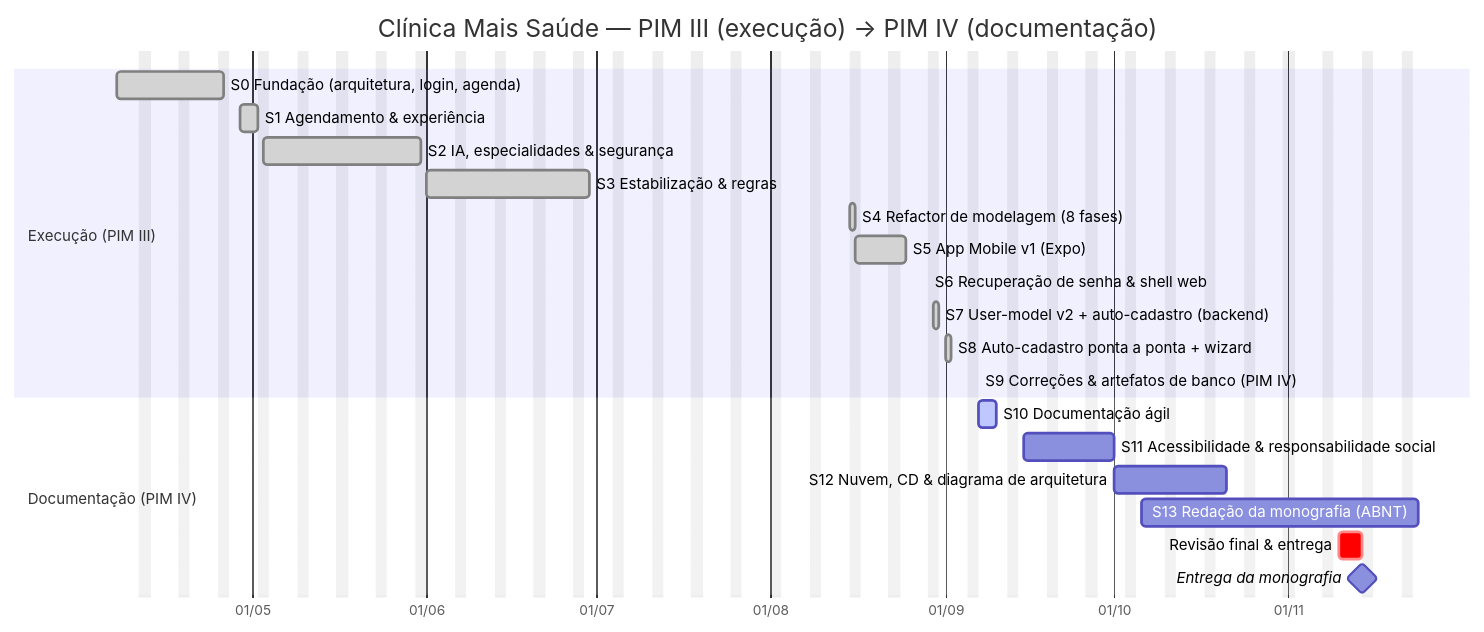
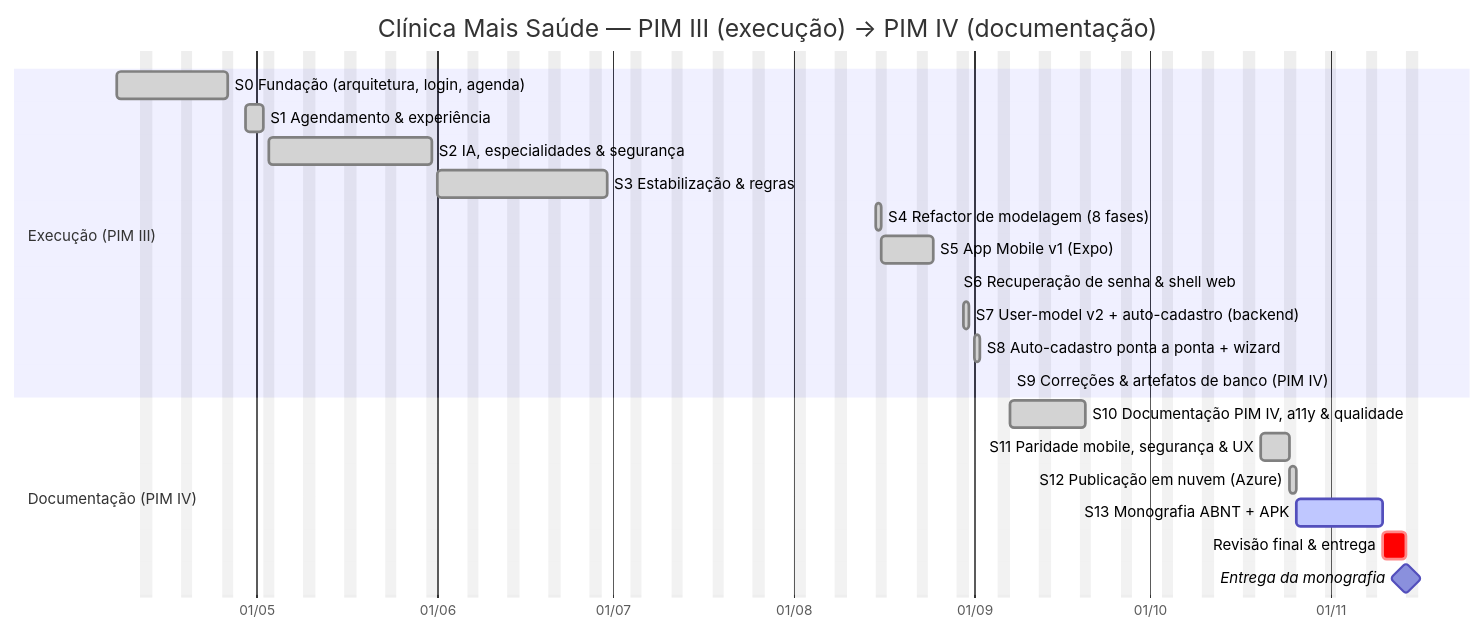
The diagram in docs/agil/CRONOGRAMA.md (daniel-santoss/PIM_III_ClinicaMaisSaude), drawn with Mermaid before and after one commit. The commit also changed other lines of this file and 3 other files, not shown here.

````diff
--- a/docs/agil/CRONOGRAMA.md
+++ b/docs/agil/CRONOGRAMA.md
@@ -9,27 +9,27 @@
 ```mermaid
 gantt
     title Clínica Mais Saúde — PIM III (execução) → PIM IV (documentação)
     dateFormat YYYY-MM-DD
     axisFormat %d/%m
     excludes weekends
 
     section Execução (PIM III)
     S0 Fundação (arquitetura, login, agenda)      :done, s0, 2026-04-07, 2026-04-26
     S1 Agendamento & experiência                  :done, s1, 2026-04-29, 2026-05-02
     S2 IA, especialidades & segurança             :done, s2, 2026-05-03, 2026-05-31
     S3 Estabilização & regras                     :done, s3, 2026-06-01, 2026-06-30
     S4 Refactor de modelagem (8 fases)            :done, s4, 2026-08-15, 2026-08-16
     S5 App Mobile v1 (Expo)                        :done, s5, 2026-08-16, 2026-08-25
     S6 Recuperação de senha & shell web           :done, s6, 2026-08-29, 2026-08-29
     S7 User-model v2 + auto-cadastro (backend)    :done, s7, 2026-08-30, 2026-08-31
     S8 Auto-cadastro ponta a ponta + wizard       :done, s8, 2026-09-01, 2026-09-02
     S9 Correções & artefatos de banco (PIM IV)    :done, s9, 2026-09-07, 2026-09-07
 
     section Documentação (PIM IV)
-    S10 Documentação ágil                         :active, s10, 2026-09-07, 3d
-    S11 Acessibilidade & responsabilidade social  :         s11, 2026-09-15, 12d
-    S12 Nuvem, CD & diagrama de arquitetura       :         s12, 2026-10-01, 14d
-    S13 Redação da monografia (ABNT)              :         s13, 2026-10-06, 35d
-    Revisão final & entrega                       :crit,    s14, 2026-11-10, 4d
+    S10 Documentação PIM IV, a11y & qualidade     :done,   s10, 2026-09-07, 2026-09-20
+    S11 Paridade mobile, segurança & UX           :done,   s11, 2026-10-20, 2026-10-25
+    S12 Publicação em nuvem (Azure)               :done,   s12, 2026-10-25, 2026-10-26
+    S13 Monografia ABNT + APK                     :active, s13, 2026-10-26, 2026-11-10
+    Revisão final & entrega                       :crit,   s14, 2026-11-10, 4d
     Entrega da monografia                         :milestone, m1, 2026-11-14, 0d
 ```
````
